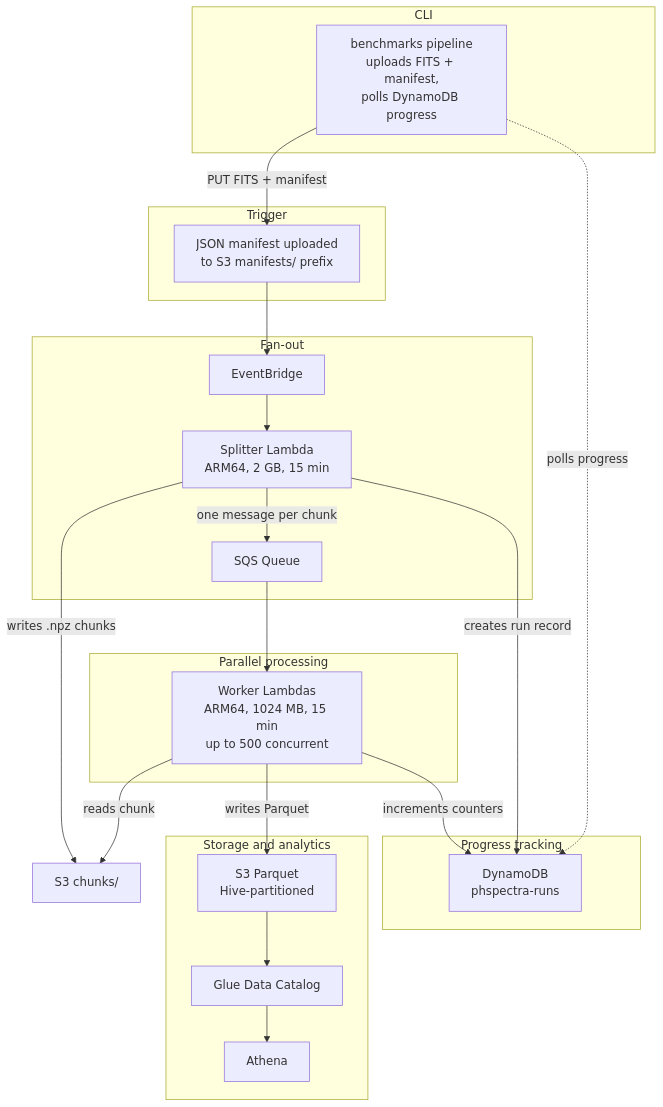
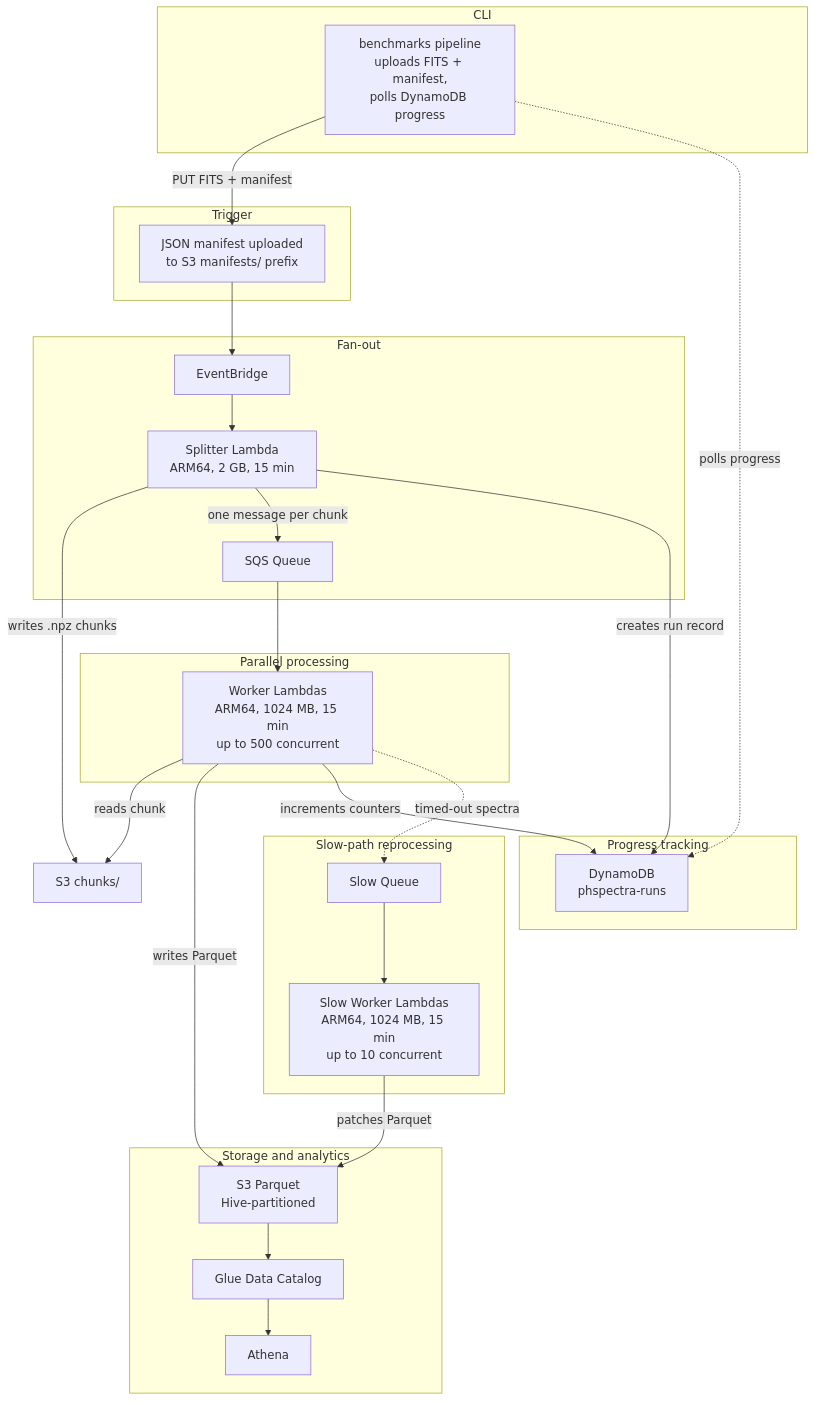
The first of 3 diagrams in packages/docs/docs/infrastructure/aws-pipeline.md (caverac/phspectra), drawn with Mermaid before and after one commit. The commit also changed other lines of this file and 19 other files, not shown here.

````diff
--- a/packages/docs/docs/infrastructure/aws-pipeline.md
+++ b/packages/docs/docs/infrastructure/aws-pipeline.md
@@ -13,44 +13,52 @@
 ```mermaid
 flowchart TB
     subgraph cli["CLI"]
         C["benchmarks pipeline<br/>uploads FITS + manifest,<br/>polls DynamoDB progress"]
     end
 
     subgraph trigger["Trigger"]
         M["JSON manifest uploaded<br/>to S3 manifests/ prefix"]
     end
 
     subgraph split["Fan-out"]
         EB["EventBridge"]
         SP["Splitter Lambda<br/>ARM64, 2 GB, 15 min"]
         SQS["SQS Queue"]
     end
 
     subgraph work["Parallel processing"]
         W["Worker Lambdas<br/>ARM64, 1024 MB, 15 min<br/>up to 500 concurrent"]
+    end
+
+    subgraph slow["Slow-path reprocessing"]
+        SQ["Slow Queue"]
+        SW["Slow Worker Lambdas<br/>ARM64, 1024 MB, 15 min<br/>up to 10 concurrent"]
     end
 
     subgraph store["Storage and analytics"]
         S3["S3 Parquet<br/>Hive-partitioned"]
         GL["Glue Data Catalog"]
         AT["Athena"]
     end
 
     subgraph progress["Progress tracking"]
         DDB["DynamoDB<br/>phspectra-runs"]
     end
 
     C -- "PUT FITS + manifest" --> M
     M --> EB
     EB --> SP
     SP -- "writes .npz chunks" --> S3C["S3 chunks/"]
     SP -- "one message per chunk" --> SQS
     SP -- "creates run record" --> DDB
     SQS --> W
     W -- "reads chunk" --> S3C
     W -- "writes Parquet" --> S3
     W -- "increments counters" --> DDB
+    W -. "timed-out spectra" .-> SQ
+    SQ --> SW
+    SW -- "patches Parquet" --> S3
     C -. "polls progress" .-> DDB
     S3 --> GL
     GL --> AT
 ```
````
